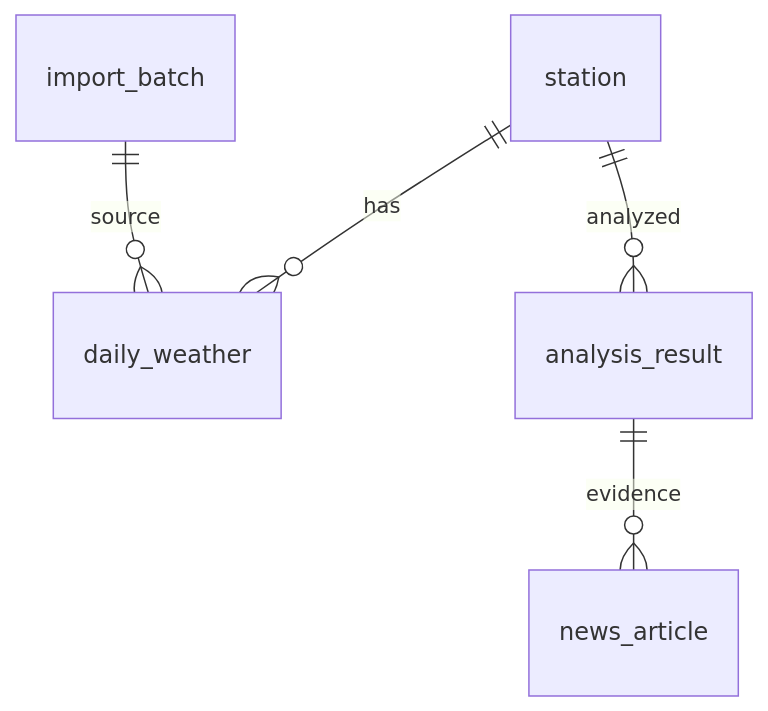
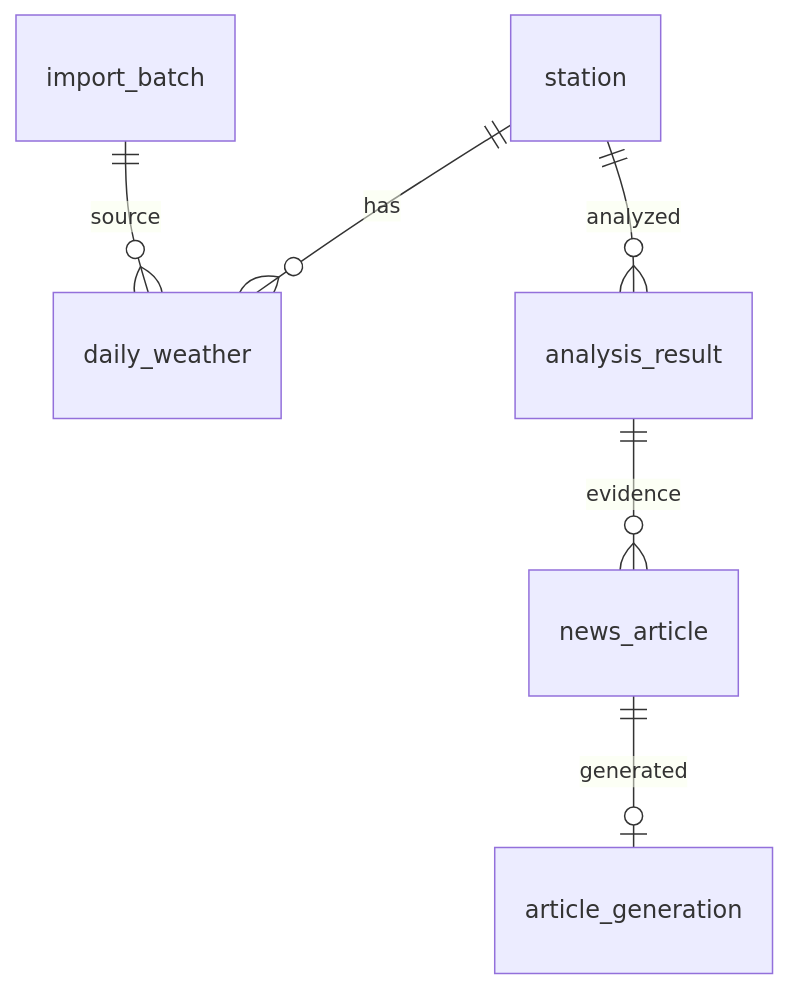
The diagram in weather-history-mysql-lab/README.md (journal-izm/sql_study), drawn with Mermaid before and after one commit. The commit also changed other lines of this file and 15 other files, not shown here.

````diff
--- a/weather-history-mysql-lab/README.md
+++ b/weather-history-mysql-lab/README.md
@@ -88,7 +162,8 @@
 ```mermaid
 erDiagram
  station ||--o{ daily_weather : has
  import_batch ||--o{ daily_weather : source
  station ||--o{ analysis_result : analyzed
  analysis_result ||--o{ news_article : evidence
+ news_article ||--o| article_generation : generated
 ```
````
